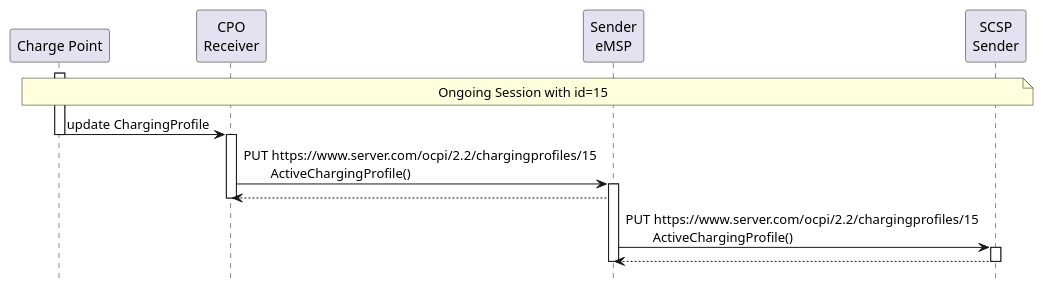
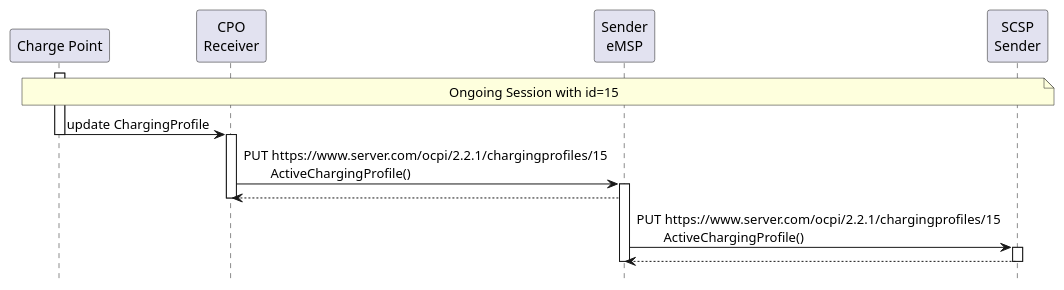
Before and after one commit to ocpi/ocpi: the diagram in plantuml/sd_charging_profile_updated_via_msp.plantuml, drawn with PlantUML. The commit also changed 13 other files, not shown here.

```diff
--- a/plantuml/sd_charging_profile_updated_via_msp.plantuml
+++ b/plantuml/sd_charging_profile_updated_via_msp.plantuml
@@ -1,25 +1,25 @@
 @startuml
 hide footbox
 
 participant "Charge Point" as CP
 participant "CPO\nReceiver" as CPO
 participant "Sender\neMSP" as eMSP
 participant "SCSP\nSender" as SCSP
 
 NOTE over SCSP, CP: Ongoing Session with id=15
 
 activate CP
 CP   ->  CPO:  update ChargingProfile
 deactivate CP
 activate CPO
-CPO  ->  eMSP: PUT https://www.server.com/ocpi/2.2/chargingprofiles/15\n        ActiveChargingProfile()
+CPO  ->  eMSP: PUT https://www.server.com/ocpi/2.2.1/chargingprofiles/15\n        ActiveChargingProfile()
 activate eMSP
 eMSP --> CPO
 deactivate CPO
-eMSP  ->  SCSP: PUT https://www.server.com/ocpi/2.2/chargingprofiles/15\n        ActiveChargingProfile()
+eMSP  ->  SCSP: PUT https://www.server.com/ocpi/2.2.1/chargingprofiles/15\n        ActiveChargingProfile()
 activate SCSP
 SCSP --> eMSP
 deactivate eMSP
 deactivate SCSP
 
 @enduml
```
